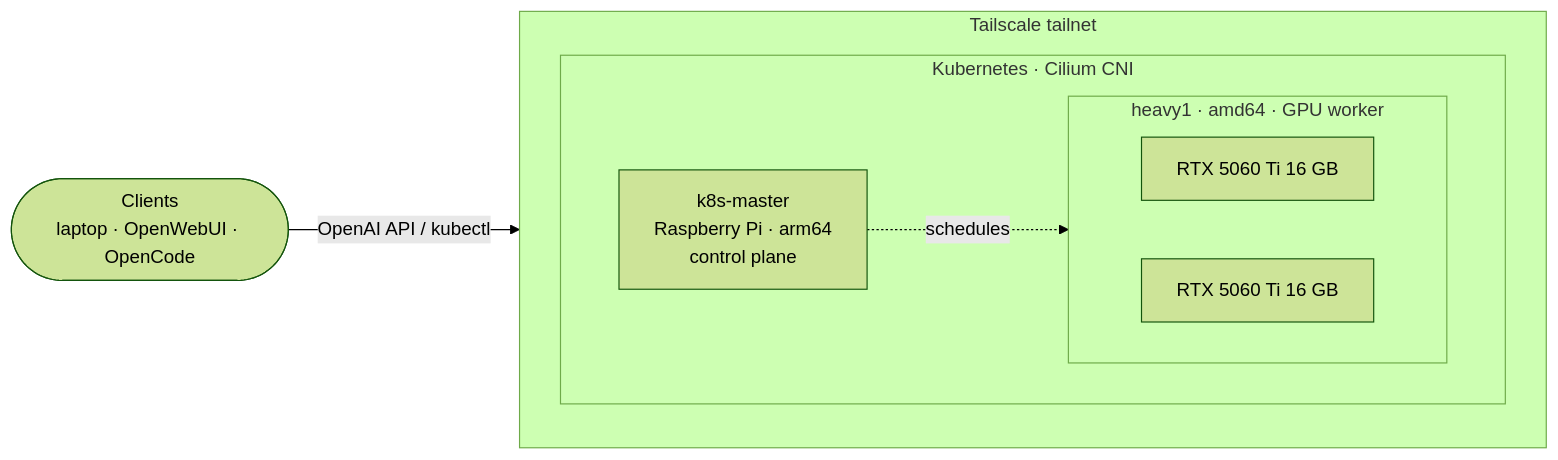
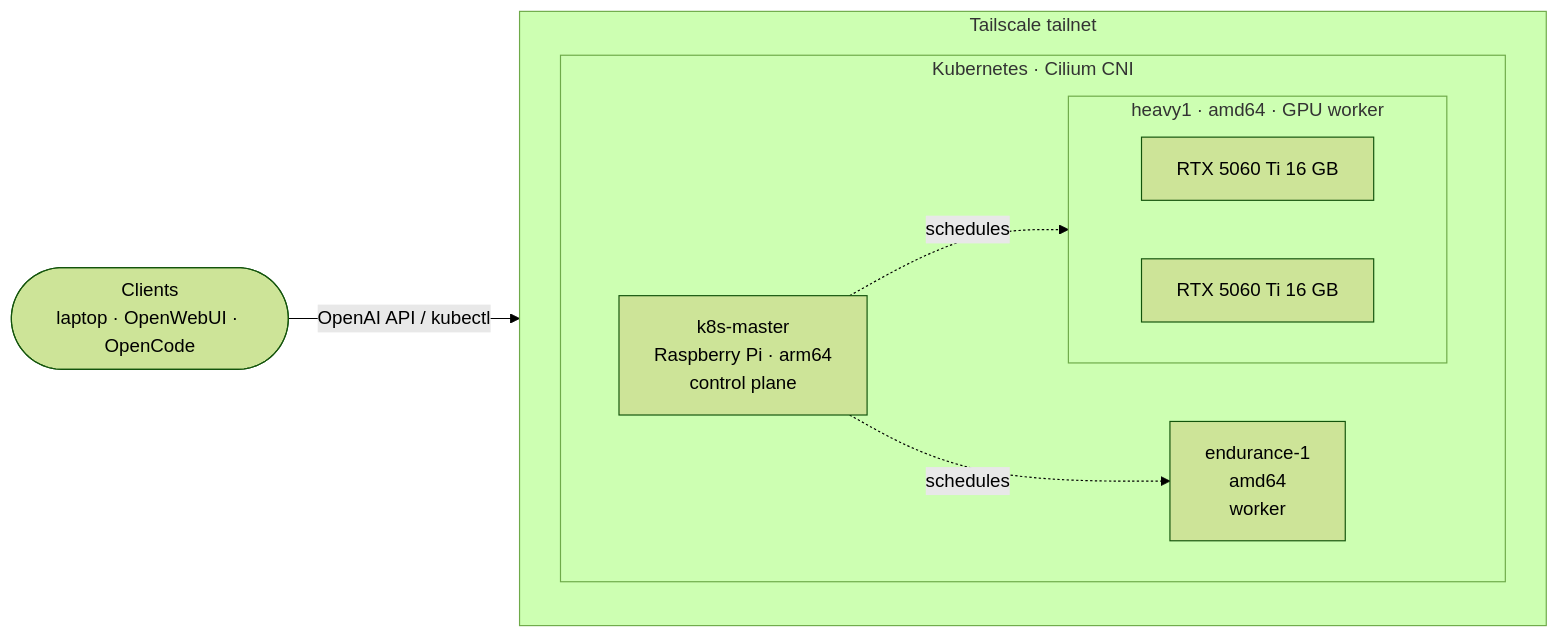
Before and after one commit to lalotone/homelab: the diagram in README.md, drawn with Mermaid (forest theme). The commit also changed other lines of this file and 19 other files, not shown here.

````diff
--- a/README.md
+++ b/README.md
@@ -31,15 +31,17 @@
 ```mermaid
 flowchart LR
     user([Clients<br/>laptop · OpenWebUI · OpenCode])
     subgraph tailnet["Tailscale tailnet"]
         subgraph cluster["Kubernetes · Cilium CNI"]
             cp["k8s-master<br/>Raspberry Pi · arm64<br/>control plane"]
+            e1["endurance-1<br/>amd64<br/>worker"]
             subgraph w["heavy1 · amd64 · GPU worker"]
                 gpu0["RTX 5060 Ti 16 GB"]
                 gpu1["RTX 5060 Ti 16 GB"]
             end
         end
     end
     user -->|OpenAI API / kubectl| tailnet
     cp -. schedules .-> w
+    cp -. schedules .-> e1
 ```
````
